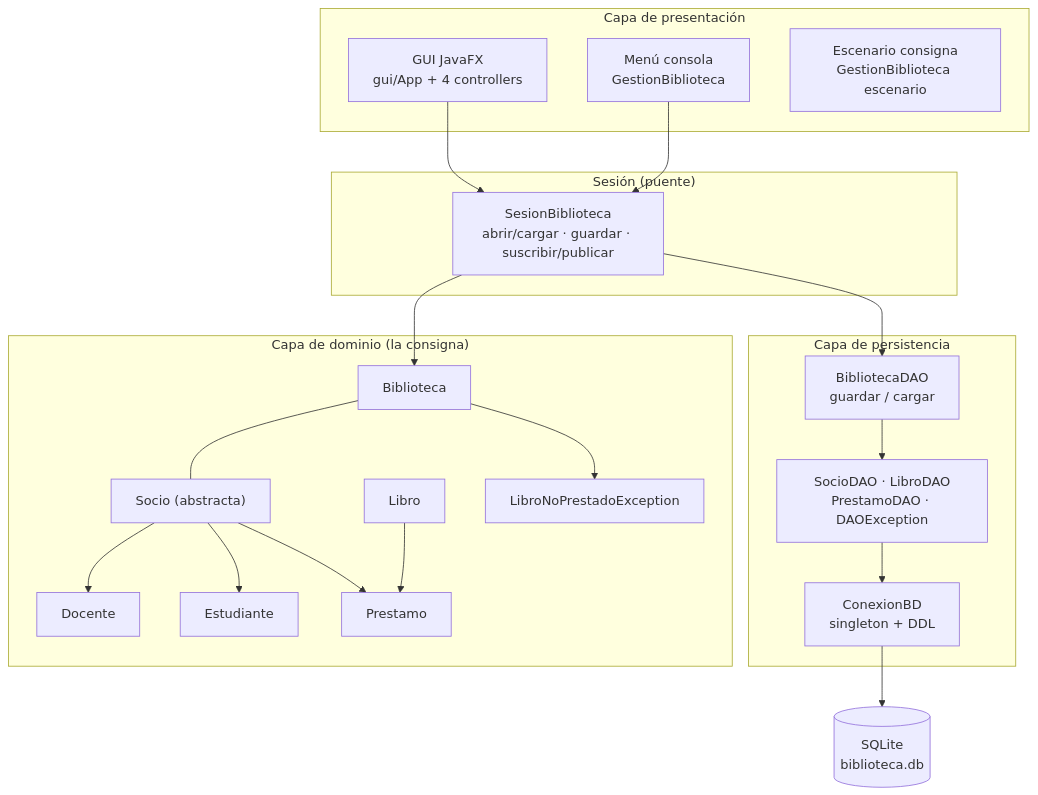
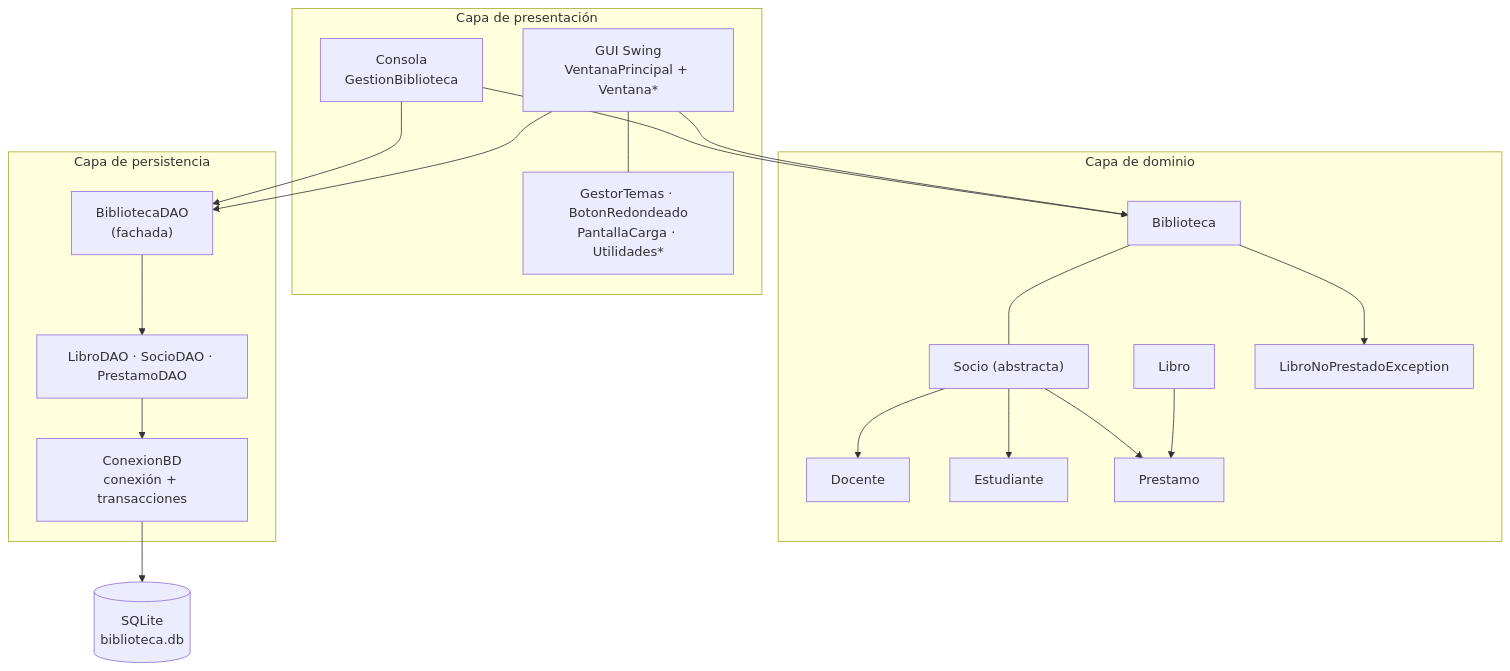
The first of 3 diagrams in docs/informe-tecnico.md (MiltonRodx/integrador-poo), drawn with Mermaid before and after one commit. The commit also changed other lines of this file, not shown here.

````diff
--- a/docs/informe-tecnico.md
+++ b/docs/informe-tecnico.md
@@ -54,44 +50,41 @@
 ```mermaid
 flowchart TB
     subgraph PRESENTACION["Capa de presentación"]
-        GUI["GUI JavaFX<br/>gui/App + 4 controllers"]
-        MENU["Menú consola<br/>GestionBiblioteca"]
-        ESC["Escenario consigna<br/>GestionBiblioteca escenario"]
+        GUI["GUI Swing<br/>VentanaPrincipal + Ventana*"]
+        CLI["Consola<br/>GestionBiblioteca"]
+        TEMA["GestorTemas · BotonRedondeado<br/>PantallaCarga · Utilidades*"]
     end
 
-    subgraph SESION["Sesión (puente)"]
-        SES["SesionBiblioteca<br/>abrir/cargar · guardar · suscribir/publicar"]
-    end
-
-    subgraph MODELO["Capa de dominio (la consigna)"]
+    subgraph MODELO["Capa de dominio"]
         BIB["Biblioteca"]
         SOC["Socio (abstracta)"]
         DOC["Docente"]
         EST["Estudiante"]
         LIB["Libro"]
         PRE["Prestamo"]
         EX["LibroNoPrestadoException"]
     end
 
     subgraph PERSISTENCIA["Capa de persistencia"]
-        CON["ConexionBD<br/>singleton + DDL"]
-        DAOB["BibliotecaDAO<br/>guardar / cargar"]
-        DAOS["SocioDAO · LibroDAO<br/>PrestamoDAO · DAOException"]
+        DAOB["BibliotecaDAO<br/>(fachada)"]
+        DAOS["LibroDAO · SocioDAO · PrestamoDAO"]
+        CON["ConexionBD<br/>conexión + transacciones"]
     end
 
     DB[("SQLite<br/>biblioteca.db")]
 
-    GUI --> SES
-    MENU --> SES
-    SES --> BIB
+    GUI --> BIB
+    GUI --> DAOB
+    CLI --> BIB
+    CLI --> DAOB
+    GUI --- TEMA
     BIB --- SOC
     SOC --> DOC
     SOC --> EST
     LIB --> PRE
     SOC --> PRE
     BIB --> EX
-    SES --> DAOB
     DAOB --> DAOS
     DAOS --> CON
     CON --> DB
 ```
````
